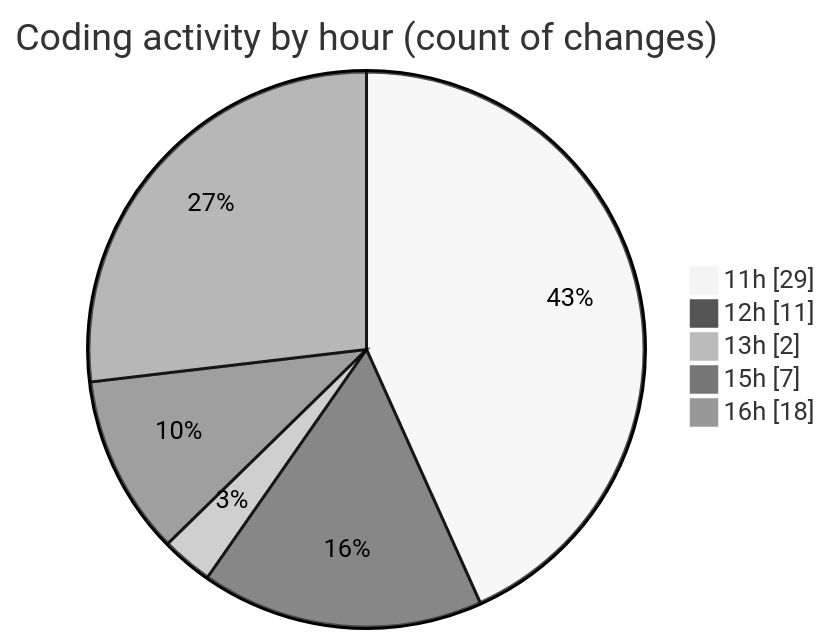
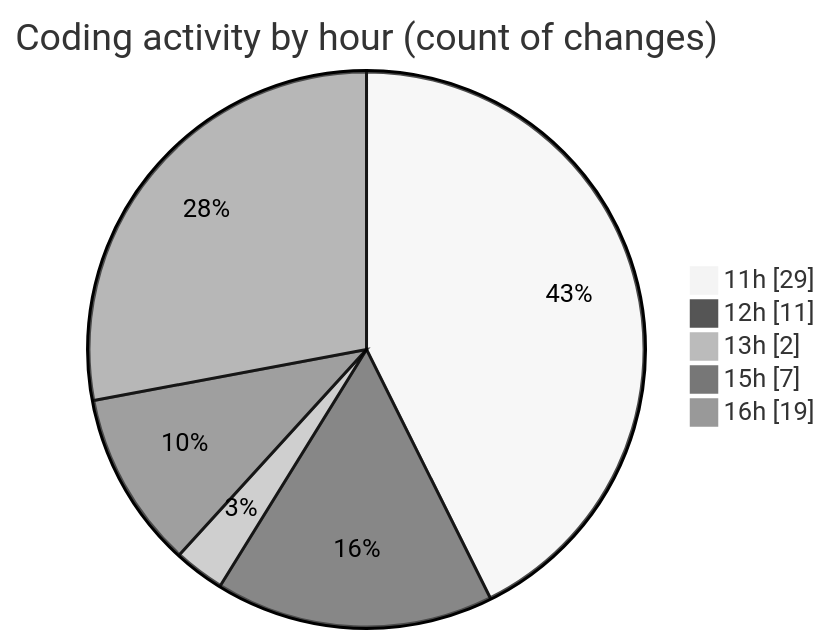
The second of 2 diagrams in 2025-11-05/nxtqube_webapp/README.md (nxtqubesakshisongat/code-tracking), drawn with Mermaid (neutral theme) before and after one commit. The commit also changed other lines of this file and 1 other file, not shown here.

````diff
--- a/2025-11-05/nxtqube_webapp/README.md
+++ b/2025-11-05/nxtqube_webapp/README.md
@@ -39,9 +40,9 @@
 ```mermaid
 pie showData
 title Coding activity by hour (count of changes)
 "11h" : 29
 "12h" : 11
 "13h" : 2
 "15h" : 7
-"16h" : 18
+"16h" : 19
 ```
````
